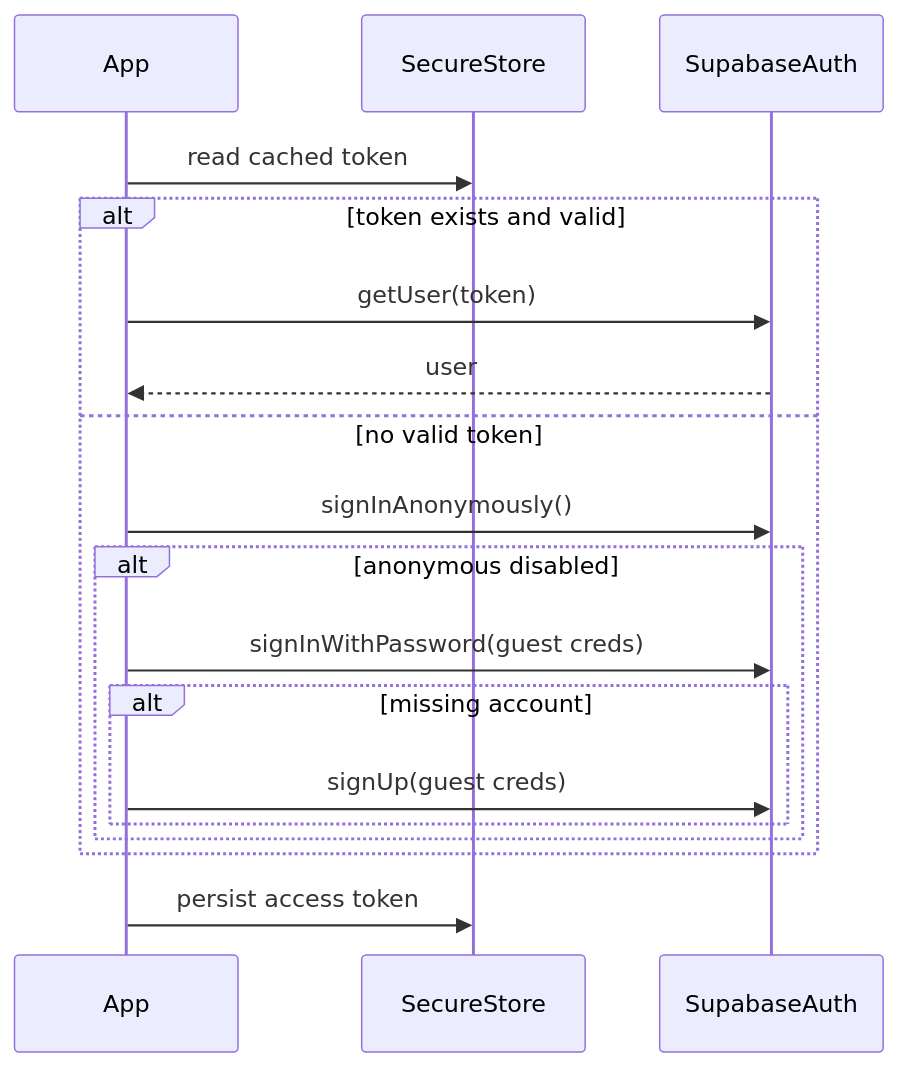
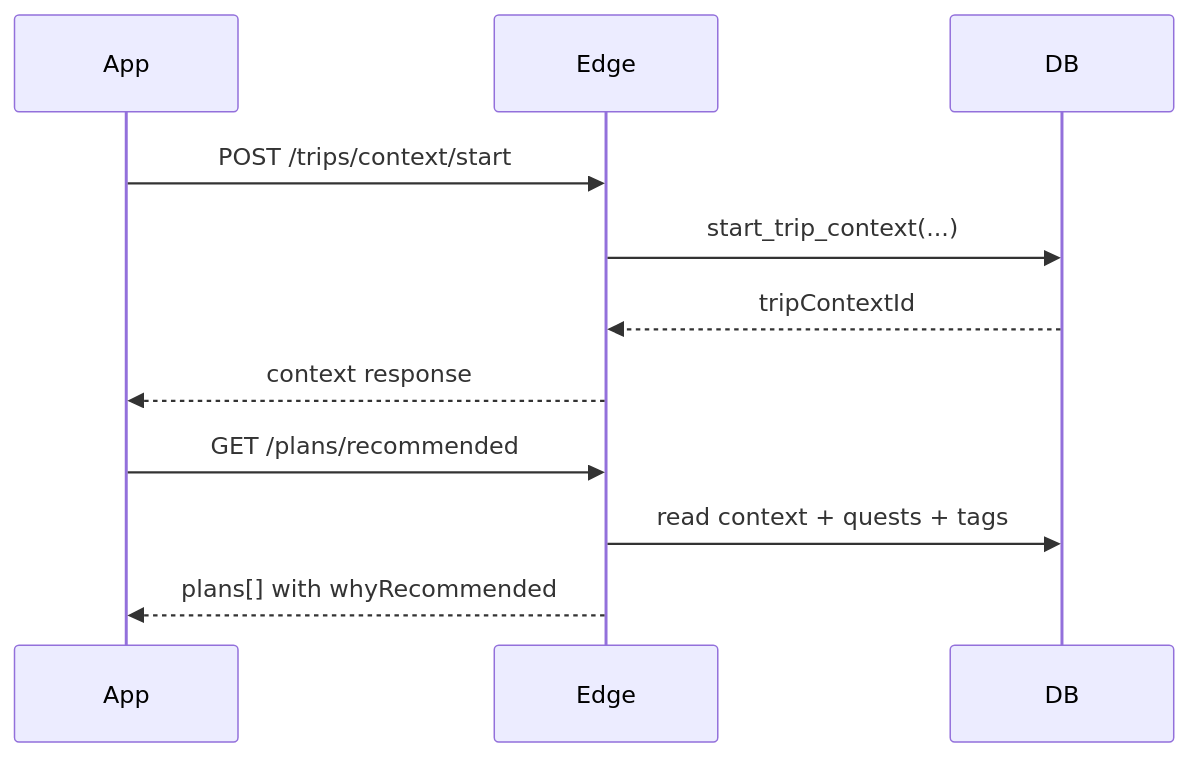
Before and after one commit to atul-krishnan/supreme-bassoon-passport-quest: the second of 3 diagrams in docs/architecture.md, drawn with Mermaid. The commit also changed other lines of this file and 10 other files, not shown here.

Commit message:
test/docs: add phase-a plan flow coverage, smoke checks, and UAT evidence templates

````diff
--- a/docs/architecture.md
+++ b/docs/architecture.md
@@ -151,21 +114,14 @@
 ```mermaid
 sequenceDiagram
   participant App
-  participant SecureStore
-  participant SupabaseAuth
+  participant Edge
+  participant DB
 
-  App->>SecureStore: read cached token
-  alt token exists and valid
-    App->>SupabaseAuth: getUser(token)
-    SupabaseAuth-->>App: user
-  else no valid token
-    App->>SupabaseAuth: signInAnonymously()
-    alt anonymous disabled
-      App->>SupabaseAuth: signInWithPassword(guest creds)
-      alt missing account
-        App->>SupabaseAuth: signUp(guest creds)
-      end
-    end
-  end
-  App->>SecureStore: persist access token
+  App->>Edge: POST /trips/context/start
+  Edge->>DB: start_trip_context(...)
+  DB-->>Edge: tripContextId
+  Edge-->>App: context response
+  App->>Edge: GET /plans/recommended
+  Edge->>DB: read context + quests + tags
+  Edge-->>App: plans[] with whyRecommended
 ```
````
